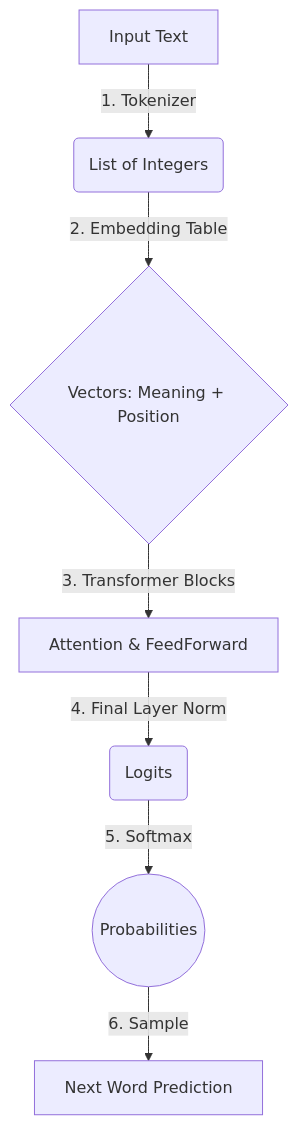
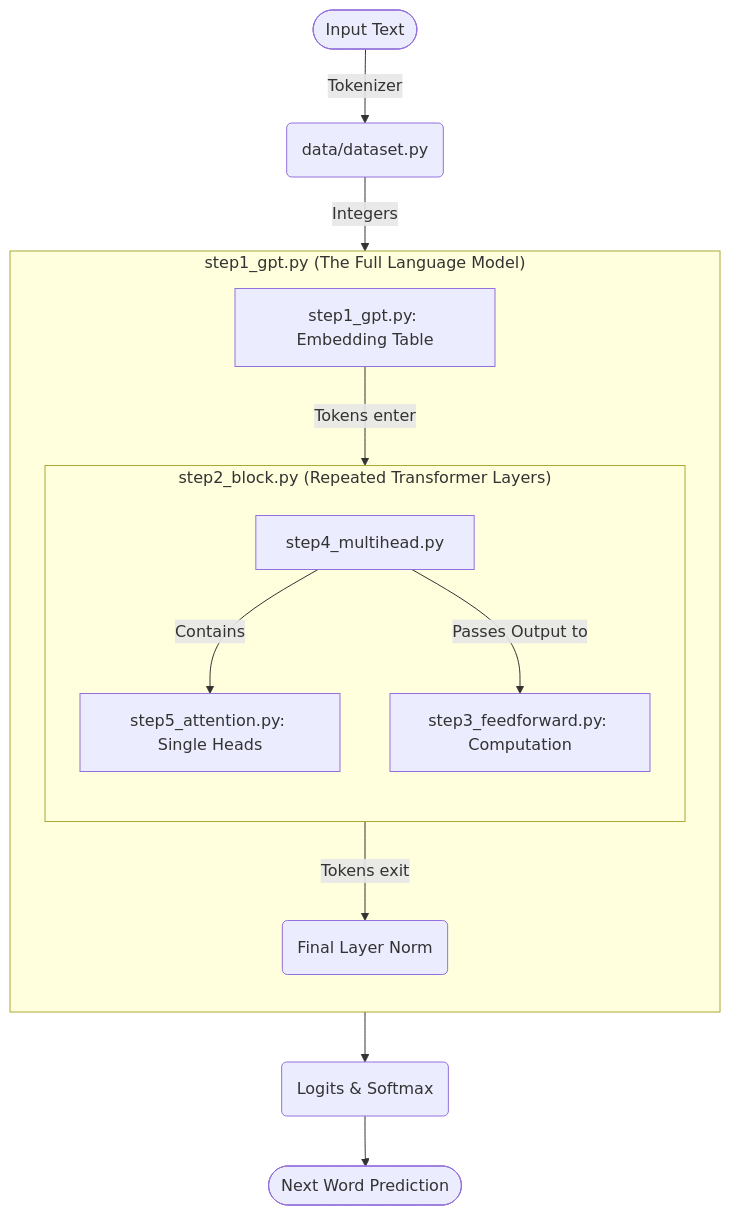
One commit to Rabbit-CollectiveScience/nano-gpt changed the first of 3 diagrams in walkthrough.md. Above: the diagram before and after it, drawn with Mermaid. The commit also changed other lines of this file and 7 other files, not shown here.

Commit message:
revise the name to match the data flow

````diff
--- a/walkthrough.md
+++ b/walkthrough.md
@@ -9,9 +9,28 @@
 ```mermaid
 flowchart TD
-    A[Input Text] -->|1. Tokenizer| B(List of Integers)
-    B -->|2. Embedding Table| C{Vectors: Meaning + Position}
-    C -->|3. Transformer Blocks| D[Attention & FeedForward]
-    D -->|4. Final Layer Norm| E(Logits)
-    E -->|5. Softmax| F((Probabilities))
-    F -->|6. Sample| G[Next Word Prediction]
+    %% Base Data Processing
+    A([Input Text]) -->|Tokenizer| B(data/dataset.py)
+    B -->|Integers| C[step1_gpt.py: Embedding Table]
+    
+    %% The hierarchical nesting of the models
+    subgraph "step1_gpt.py (The Full Language Model)"
+        direction TB
+        
+        subgraph "step2_block.py (Repeated Transformer Layers)"
+            direction TB
+            D[step4_multihead.py] 
+            E[step5_attention.py: Single Heads]
+            F[step3_feedforward.py: Computation]
+            
+            D -->|Contains| E
+            D -->|Passes Output to| F
+        end
+        
+        C -->|Tokens enter| D
+        F -->|Tokens exit| G(Final Layer Norm)
+    end
+    
+    %% The Output
+    G --> H(Logits & Softmax)
+    H --> I([Next Word Prediction])
 ```
````
